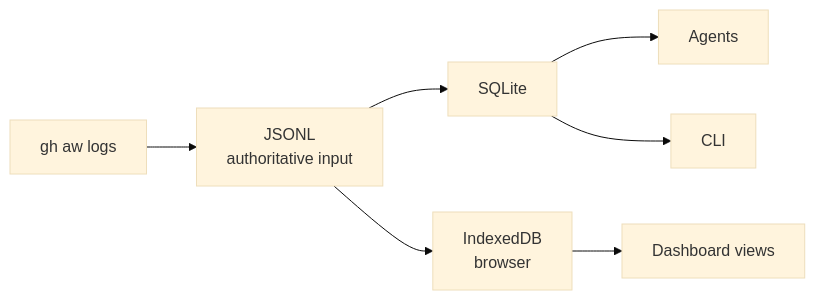
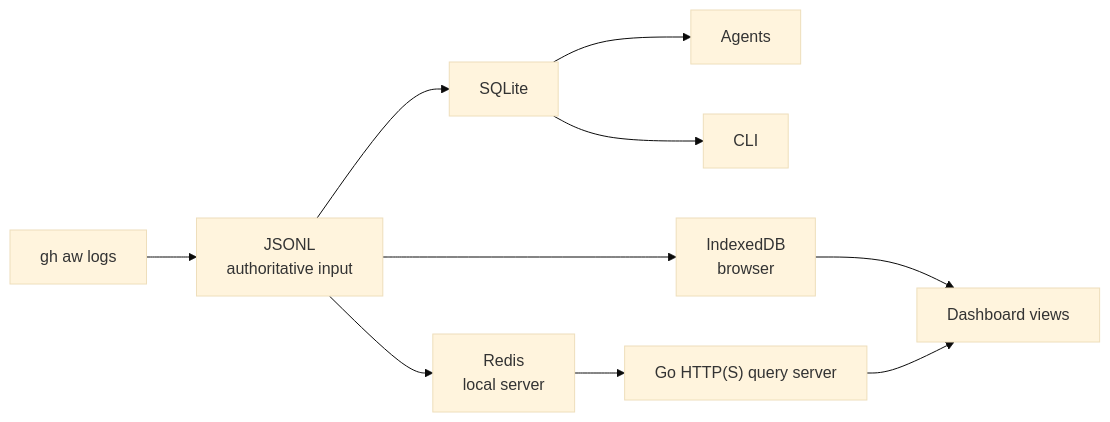
Before and after one commit to elefthei/gh-aw-cao: the first of 2 diagrams in specs/dashboard-data.md, drawn with Mermaid (base theme). The commit also changed other lines of this file and 45 other files, not shown here.

First line of the commit message:
Add Redis-backed Go dashboard server (#13671)

````diff
--- a/specs/dashboard-data.md
+++ b/specs/dashboard-data.md
@@ -230,9 +241,12 @@
 ```mermaid
 flowchart LR
   logs["gh aw logs"] --> source["JSONL<br/>authoritative input"]
   source --> sqlite["SQLite"]
   sqlite --> agents["Agents"]
   sqlite --> cli["CLI"]
   source --> indexeddb["IndexedDB<br/>browser"]
   indexeddb --> views["Dashboard views"]
+  source --> redis["Redis<br/>local server"]
+  redis --> go["Go HTTP(S) query server"]
+  go --> views
 ```
````
